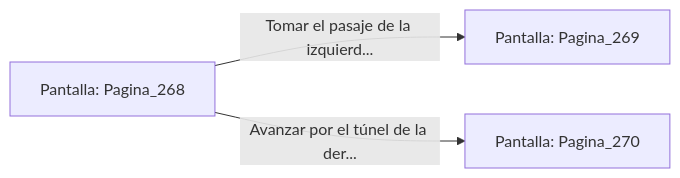
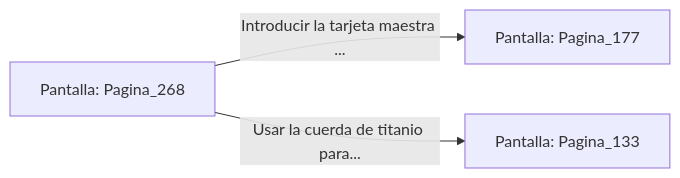
Before and after one commit to metsuke/mpl: the diagram in sample/eligejuego-vault/Pantalla_Pagina_268.md, drawn with Mermaid. The commit also changed other lines of this file and 635 other files, not shown here.

First line of the commit message:
fix: añadir Pagina_1 como pantalla inicial en capitulo_01.mpl

````diff
--- a/sample/eligejuego-vault/Pantalla_Pagina_268.md
+++ b/sample/eligejuego-vault/Pantalla_Pagina_268.md
@@ -20,6 +22,6 @@
 ```mermaid
 graph LR
     P_Pagina_268["Pantalla: Pagina_268"]
-    P_Pagina_268 -->|"Tomar el pasaje de la izquierd..."| P_Pagina_269["Pantalla: Pagina_269"]
-    P_Pagina_268 -->|"Avanzar por el túnel de la der..."| P_Pagina_270["Pantalla: Pagina_270"]
+    P_Pagina_268 -->|"Introducir la tarjeta maestra ..."| P_Pagina_177["Pantalla: Pagina_177"]
+    P_Pagina_268 -->|"Usar la cuerda de titanio para..."| P_Pagina_133["Pantalla: Pagina_133"]
 ```
````
